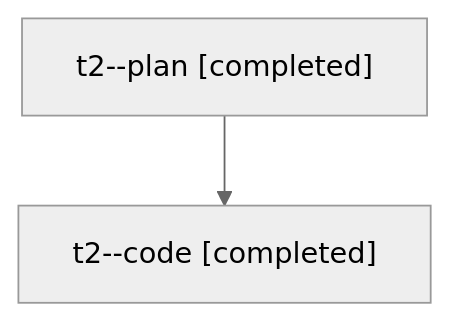
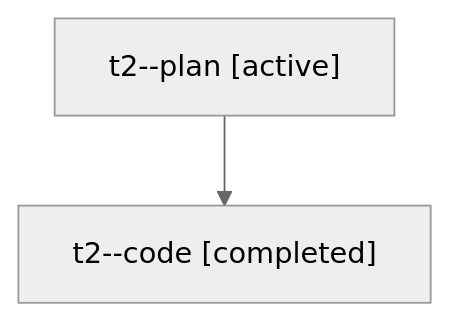
One commit to sase-org/sase--agents changed the diagram in families/bbugyi200.athena.t2.md. Above: the diagram before and after it, drawn with Mermaid (neutral theme). The commit also changed other lines of this file and 4556 other files, not shown here.

````diff
--- a/families/bbugyi200.athena.t2.md
+++ b/families/bbugyi200.athena.t2.md
@@ -9,6 +9,6 @@
 ```mermaid
 flowchart TD
-  n0["t2--plan [completed]"]
+  n0["t2--plan [active]"]
   n1["t2--code [completed]"]
   n0 --> n1
 ```
````
